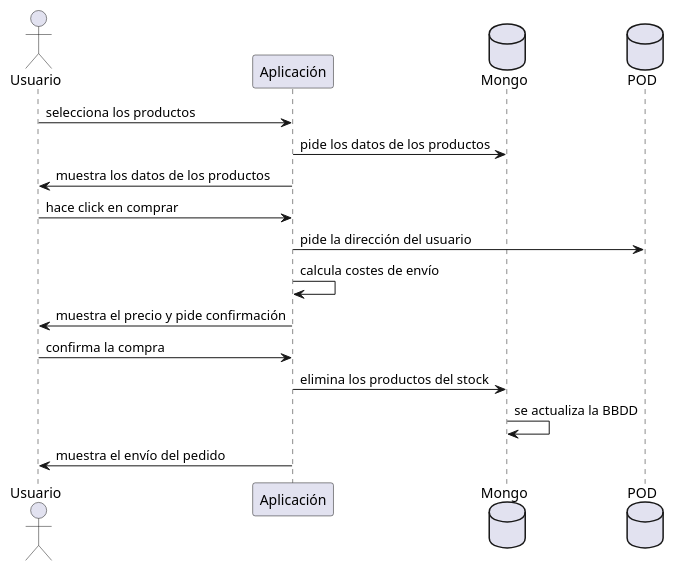
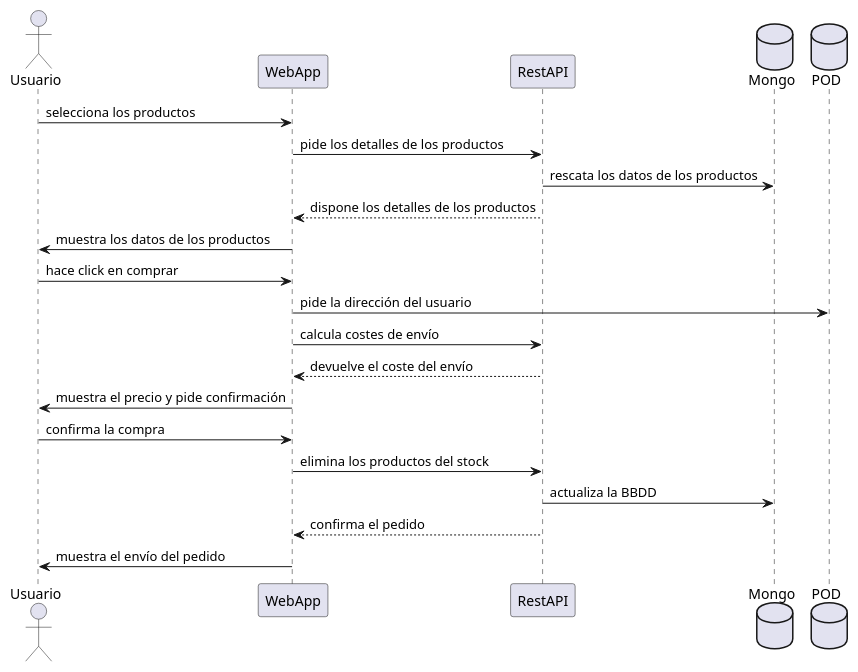
One commit to Arquisoft/dede_es5c changed the second of 2 diagrams in docs/06_runtime_view.adoc. Above: the diagram before and after it, drawn with PlantUML. The commit also changed other lines of this file, not shown here.

Commit message:
Mejora diagramas punto 6

```diff
--- a/docs/06_runtime_view.adoc
+++ b/docs/06_runtime_view.adoc
@@ -26,18 +26,23 @@
 [plantuml,"Sequence diagram 2",png]
 ----
 actor Usuario
-participant Aplicación
+participant WebApp
+participant RestAPI
 database Mongo
 database POD
-Usuario -> Aplicación: selecciona los productos
-Aplicación-> Mongo: pide los datos de los productos
-Aplicación-> Usuario: muestra los datos de los productos
-Usuario -> Aplicación: hace click en comprar
-Aplicación-> POD: pide la dirección del usuario
-Aplicación-> Aplicación: calcula costes de envío
-Aplicación -> Usuario: muestra el precio y pide confirmación
-Usuario -> Aplicación: confirma la compra
-Aplicación-> Mongo: elimina los productos del stock
-Mongo -> Mongo: se actualiza la BBDD
-Aplicación -> Usuario: muestra el envío del pedido
+Usuario -> WebApp: selecciona los productos
+WebApp-> RestAPI: pide los detalles de los productos
+RestAPI-> Mongo: rescata los datos de los productos
+RestAPI--> WebApp: dispone los detalles de los productos
+WebApp-> Usuario: muestra los datos de los productos
+Usuario -> WebApp: hace click en comprar
+WebApp-> POD: pide la dirección del usuario
+WebApp-> RestAPI: calcula costes de envío
+RestAPI--> WebApp: devuelve el coste del envío
+WebApp -> Usuario: muestra el precio y pide confirmación
+Usuario -> WebApp: confirma la compra
+WebApp-> RestAPI: elimina los productos del stock
+RestAPI -> Mongo: actualiza la BBDD
+RestAPI--> WebApp: confirma el pedido
+WebApp -> Usuario: muestra el envío del pedido
 ----
```
